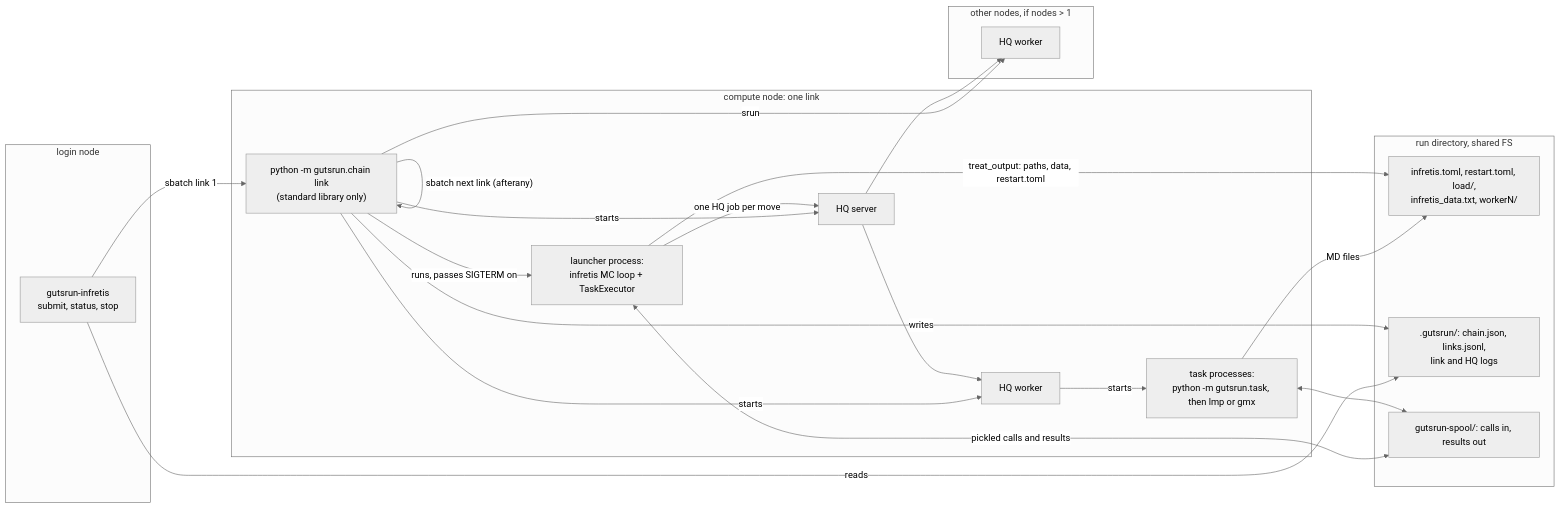
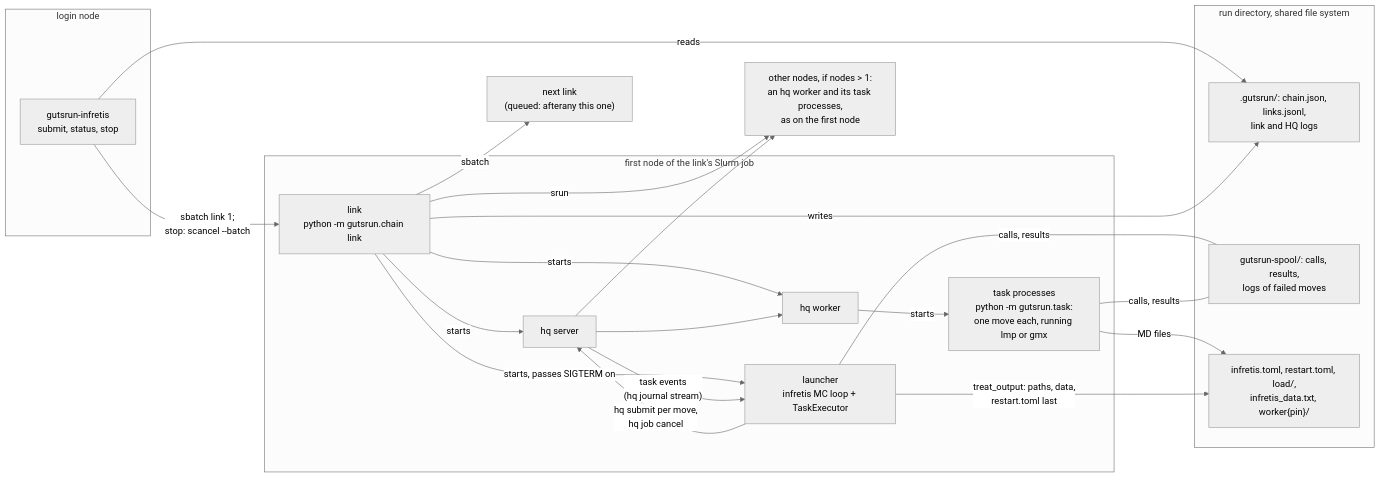
Before and after one commit to GUTSframework/infretis_hyperqueue: the first of 3 diagrams in DEVELOPMENT.md, drawn with Mermaid (neutral theme). The commit also changed other lines of this file, not shown here.

First line of the commit message:
DEVELOPMENT.md: redraw the charts

````diff
--- a/DEVELOPMENT.md
+++ b/DEVELOPMENT.md
@@ -35,36 +36,36 @@
 ```mermaid
 flowchart LR
     subgraph login["login node"]
         cmd["gutsrun-infretis<br/>submit, status, stop"]
     end
-    subgraph job["compute node: one link"]
-        link["python -m gutsrun.chain link<br/>(standard library only)"]
-        hqs["HQ server"]
-        hqw["HQ worker"]
-        launcher["launcher process:<br/>infretis MC loop + TaskExecutor"]
-        task["task processes:<br/>python -m gutsrun.task, then lmp or gmx"]
+    subgraph first["first node of the link's Slurm job"]
+        link["link<br/>python -m gutsrun.chain link"]
+        hqs["hq server"]
+        hqw["hq worker"]
+        launcher["launcher<br/>infretis MC loop + TaskExecutor"]
+        task["task processes<br/>python -m gutsrun.task:<br/>one move each, running lmp or gmx"]
     end
-    subgraph more["other nodes, if nodes > 1"]
-        hqw2["HQ worker"]
-    end
-    subgraph shared["run directory, shared FS"]
-        state["infretis.toml, restart.toml, load/,<br/>infretis_data.txt, workerN/"]
+    more["other nodes, if nodes > 1:<br/>an hq worker and its task processes,<br/>as on the first node"]
+    next["next link<br/>(queued: afterany this one)"]
+    subgraph shared["run directory, shared file system"]
         chainfiles[".gutsrun/: chain.json, links.jsonl,<br/>link and HQ logs"]
-        spooldir["gutsrun-spool/: calls in, results out"]
+        spooldir["gutsrun-spool/: calls, results,<br/>logs of failed moves"]
+        state["infretis.toml, restart.toml, load/,<br/>infretis_data.txt, worker{pin}/"]
     end
 
-    cmd -- "sbatch link 1" --> link
+    cmd -- "sbatch link 1;<br/>stop: scancel --batch" --> link
     cmd -- "reads" --> chainfiles
-    link -- "sbatch next link (afterany)" --> link
+    link -- "sbatch" --> next
     link -- "starts" --> hqs & hqw
-    link -- "srun" --> hqw2
-    link -- "runs, passes SIGTERM on" --> launcher
+    link -- "srun" --> more
+    link -- "starts, passes SIGTERM on" --> launcher
     link -- "writes" --> chainfiles
-    launcher -- "one HQ job per move" --> hqs
-    hqs --> hqw & hqw2
+    launcher -- "hq submit per move,<br/>hq job cancel" --> hqs
+    hqs -- "task events<br/>(hq journal stream)" --> launcher
+    hqs --> hqw & more
     hqw -- "starts" --> task
-    launcher <-- "pickled calls and results" --> spooldir
-    task <--> spooldir
+    launcher -- "calls, results" --- spooldir
+    task -- "calls, results" --- spooldir
     task -- "MD files" --> state
-    launcher -- "treat_output: paths, data, restart.toml" --> state
+    launcher -- "treat_output: paths, data,<br/>restart.toml last" --> state
 ```
````
